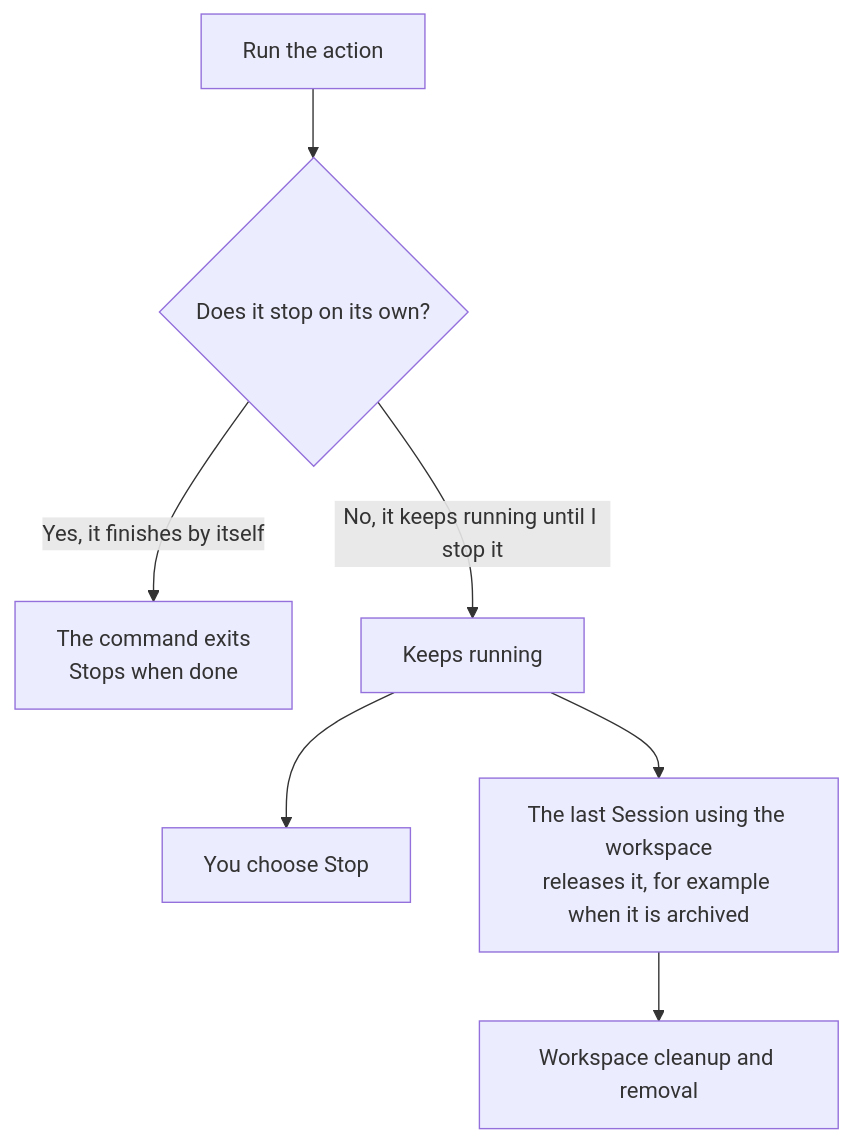
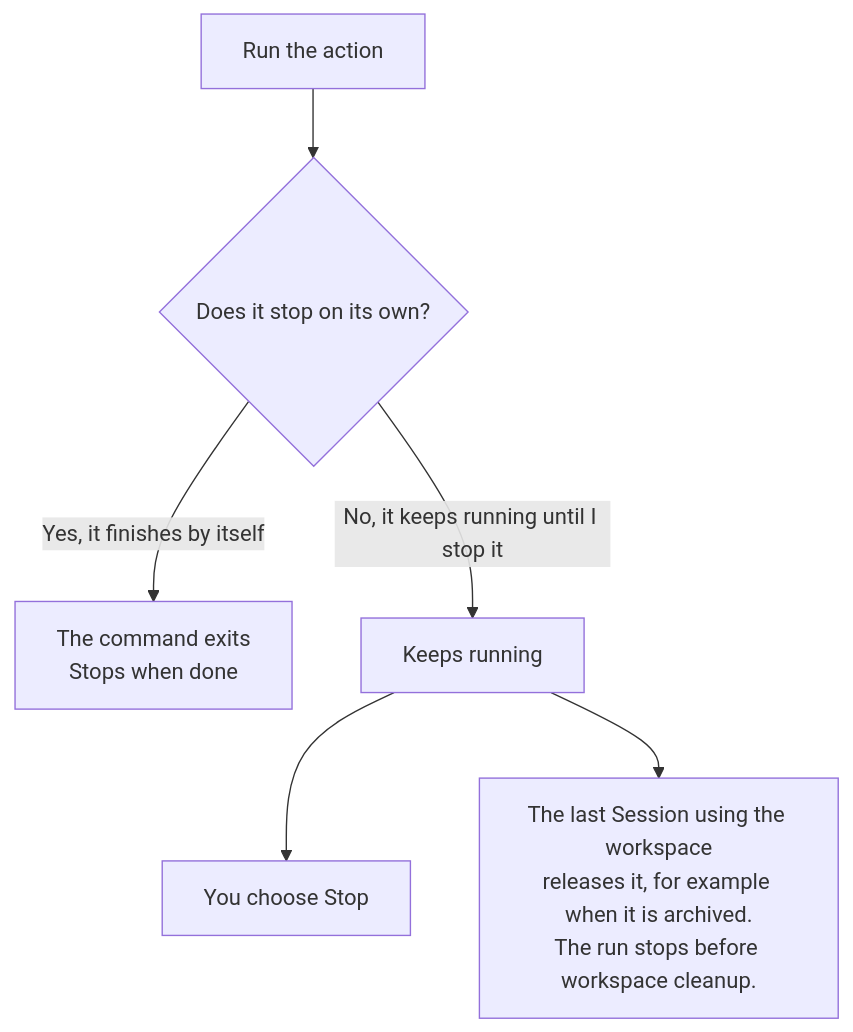
The diagram in website/src/content/docs/configuration/project-actions.md (OpenWaggle/OpenWaggle), drawn with Mermaid before and after one commit. The commit also changed other lines of this file and 12 other files, not shown here.

First line of the commit message:
docs(website): correct diagrams and claims found in the docs review

````diff
--- a/website/src/content/docs/configuration/project-actions.md
+++ b/website/src/content/docs/configuration/project-actions.md
@@ -88,9 +88,8 @@
 ```mermaid
 flowchart TD
   start["Run the action"] --> kind{"Does it stop on its own?"}
   kind -- "Yes, it finishes by itself" --> done["The command exits<br/>Stops when done"]
   kind -- "No, it keeps running until I stop it" --> service["Keeps running"]
   service --> stop["You choose Stop"]
-  service --> release["The last Session using the workspace<br/>releases it, for example when it is archived"]
-  release --> cleanup["Workspace cleanup and removal"]
+  service --> release["The last Session using the workspace<br/>releases it, for example when it is archived.<br/>The run stops before workspace cleanup."]
 ```
````
